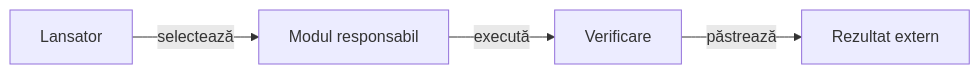
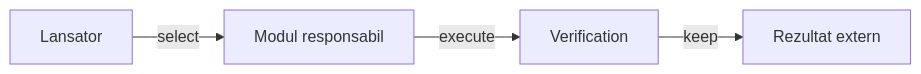
The diagram in scripts/README.md (crististefanita/atf_j4), drawn with Mermaid before and after one commit. The commit also changed other lines of this file and 122 other files, not shown here.

````diff
--- a/scripts/README.md
+++ b/scripts/README.md
@@ -25,6 +25,6 @@
 ```mermaid
 flowchart LR
-    RUN[Lansator] -->|selectează| MODULE[Modul responsabil]
-    MODULE -->|execută| CHECK[Verificare]
-    CHECK -->|păstrează| OUT[Rezultat extern]
+    RUN[Lansator] -->|select| MODULE[Modul responsabil]
+    MODULE -->|execute| CHECK[Verification]
+    CHECK -->|keep| OUT[Rezultat extern]
 ```
````
